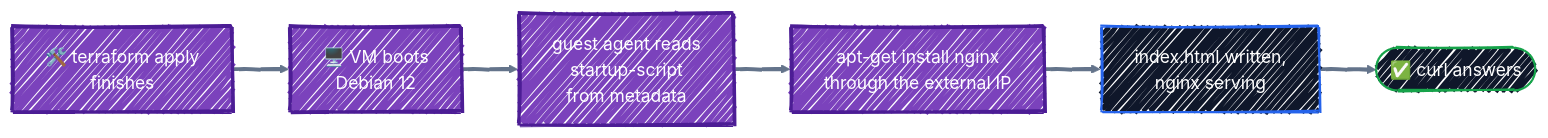
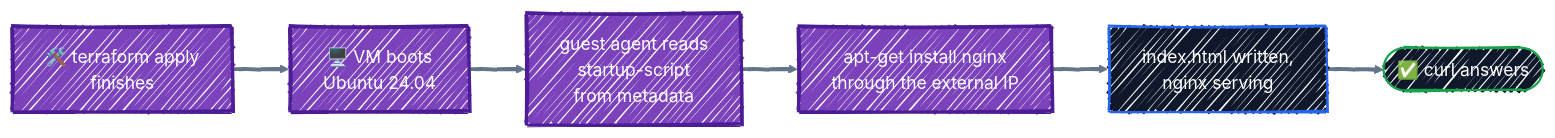
Before and after one commit to r97221004/terraform-tutorial: the third of 4 diagrams in docs/gcp-services/compute-engine.md, drawn with Mermaid. The commit also changed other lines of this file and 2 other files, not shown here.

First line of the commit message:
docs: switch the Compute Engine VM to Ubuntu 24.04 LTS

````diff
--- a/docs/gcp-services/compute-engine.md
+++ b/docs/gcp-services/compute-engine.md
@@ -408,30 +410,30 @@
 ```mermaid
 ---
 config:
   look: handDrawn
   theme: default
   themeVariables:
     fontFamily: '"Comic Sans MS", "Comic Sans", "Segoe Print", "Bradley Hand", cursive'
     lineColor: '#64748B'
     edgeLabelBackground: '#475569'
   themeCSS: |
     .edgeLabel, .edgeLabel p, .edgeLabel span { color: #FFFFFF !important; }
 ---
 flowchart LR
     apply["🛠️ terraform apply<br/>finishes"]
-    boot["🖥️ VM boots<br/>Debian 12"]
+    boot["🖥️ VM boots<br/>Ubuntu 24.04"]
     agent["guest agent reads<br/>startup-script<br/>from metadata"]
     apt["apt-get install nginx<br/>through the external IP"]
     page["index.html written,<br/>nginx serving"]
     ok(["✅ curl answers"])
 
     apply ==> boot ==> agent ==> apt ==> page ==> ok
 
     classDef ctrl fill:#0F172A,stroke:#2563EB,stroke-width:2px,color:#FFFFFF
     classDef eng fill:#7B42BC,stroke:#4C1D95,stroke-width:3px,color:#FFFFFF
     classDef tgt fill:#0F172A,stroke:#16A34A,stroke-width:2px,color:#FFFFFF
     classDef bad fill:#0F172A,stroke:#DC2626,stroke-width:2px,color:#FFFFFF
     class apply,boot,agent,apt eng
     class page ctrl
     class ok tgt
 ```
````
